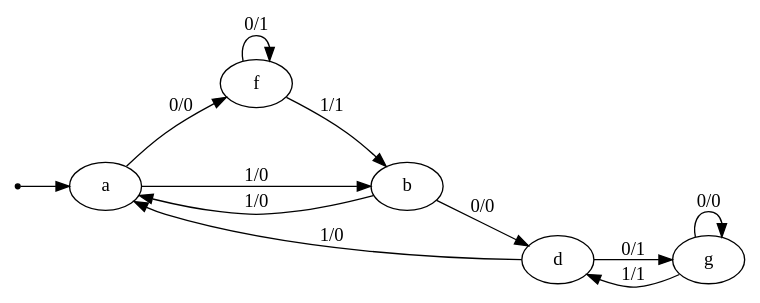
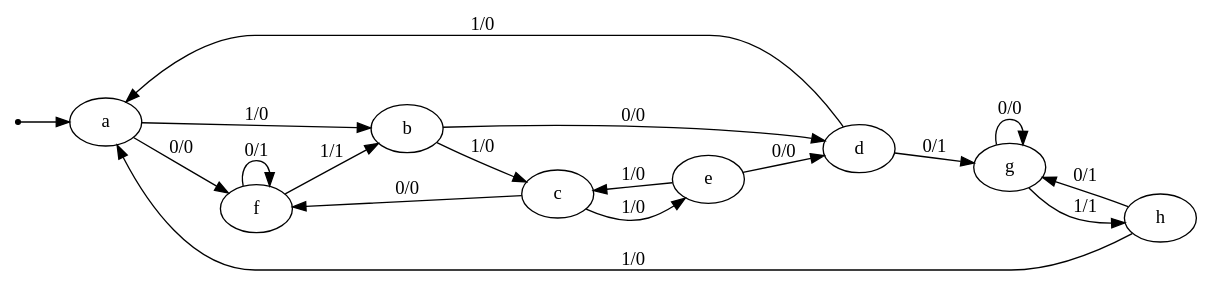
The diagram in example/myTest/kiss/case2/input.dot (Ting-Tech/StateMinimization), drawn with Graphviz before and after one commit. The commit also changed 16 other files, not shown here.

```diff
--- a/example/myTest/kiss/case2/input.dot
+++ b/example/myTest/kiss/case2/input.dot
@@ -1,22 +1,31 @@
 digraph STG {
 	rankdir=LR;
 
 	INIT [shape=point];
 	a [label="a"];
 	f [label="f"];
 	b [label="b"];
 	d [label="d"];
+	c [label="c"];
+	e [label="e"];
 	g [label="g"];
+	h [label="h"];
 
 	INIT -> a;
+	a -> f [label="0/0"];
 	a -> b [label="1/0"];
-	a -> f [label="0/0"];
+	f -> f [label="0/1"];
 	f -> b [label="1/1"];
-	f -> f [label="0/1"];
-	b -> a [label="1/0"];
 	b -> d [label="0/0"];
+	b -> c [label="1/0"];
+	d -> g [label="0/1"];
 	d -> a [label="1/0"];
-	d -> g [label="0/1"];
-	g -> d [label="1/1"];
+	c -> f [label="0/0"];
+	c -> e [label="1/0"];
+	e -> d [label="0/0"];
+	e -> c [label="1/0"];
 	g -> g [label="0/0"];
+	g -> h [label="1/1"];
+	h -> g [label="0/1"];
+	h -> a [label="1/0"];
 }
```
